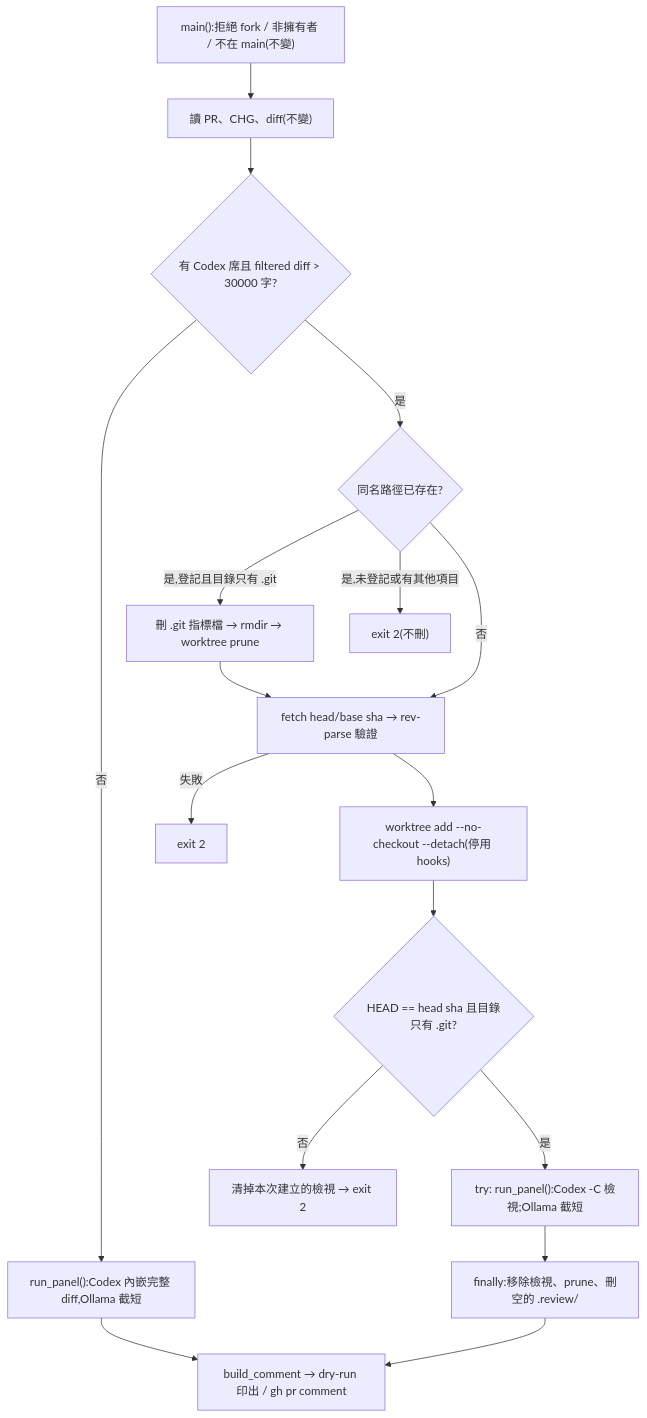
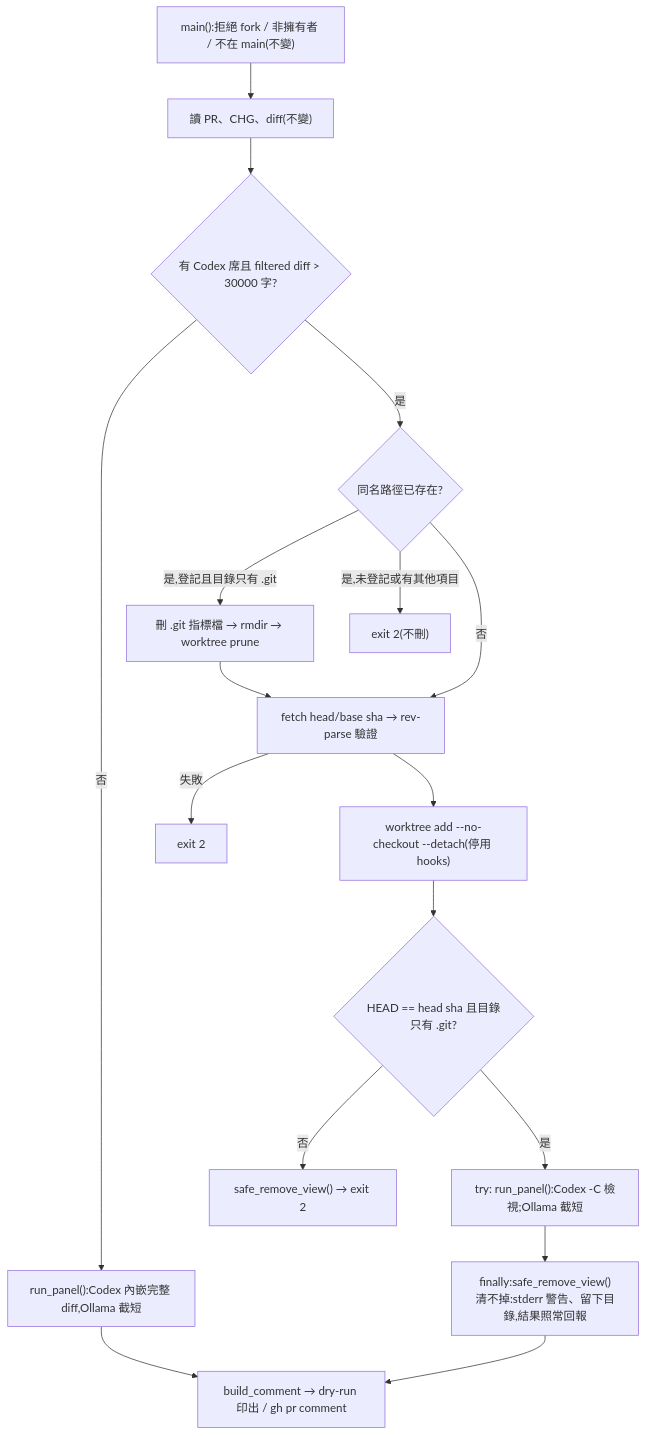
One commit to kamira/podcast-studio changed the second of 2 diagrams in docs/changes/CHG-20261028-01.md. Above: the diagram before and after it, drawn with Mermaid. The commit also changed other lines of this file, not shown here.

First line of the commit message:
CHG-20261028-01: 草案修正——檢視清理統一為 safe_remove_view();實測指令帶 --codex-seats risk,security,compliance

````diff
--- a/docs/changes/CHG-20261028-01.md
+++ b/docs/changes/CHG-20261028-01.md
@@ -85,19 +86,19 @@
 ```mermaid
 flowchart TD
   A["main():拒絕 fork / 非擁有者 / 不在 main(不變)"] --> B["讀 PR、CHG、diff(不變)"]
   B --> C{"有 Codex 席且 filtered diff > 30000 字?"}
   C -->|否| E["run_panel():Codex 內嵌完整 diff,Ollama 截短"]
   C -->|是| S{"同名路徑已存在?"}
   S -->|是,登記且目錄只有 .git| S2["刪 .git 指標檔 → rmdir → worktree prune"]
   S -->|是,未登記或有其他項目| X["exit 2(不刪)"]
   S -->|否| V1
   S2 --> V1["fetch head/base sha → rev-parse 驗證"]
   V1 -->|失敗| X2["exit 2"]
   V1 --> V2["worktree add --no-checkout --detach(停用 hooks)"]
   V2 --> V3{"HEAD == head sha 且目錄只有 .git?"}
-  V3 -->|否| X3["清掉本次建立的檢視 → exit 2"]
+  V3 -->|否| X3["safe_remove_view() → exit 2"]
   V3 -->|是| T["try: run_panel():Codex -C 檢視;Ollama 截短"]
-  T --> FIN["finally:移除檢視、prune、刪空的 .review/"]
+  T --> FIN["finally:safe_remove_view()<br/>清不掉:stderr 警告、留下目錄,結果照常回報"]
   E --> G["build_comment → dry-run 印出 / gh pr comment"]
   FIN --> G
 ```
````
